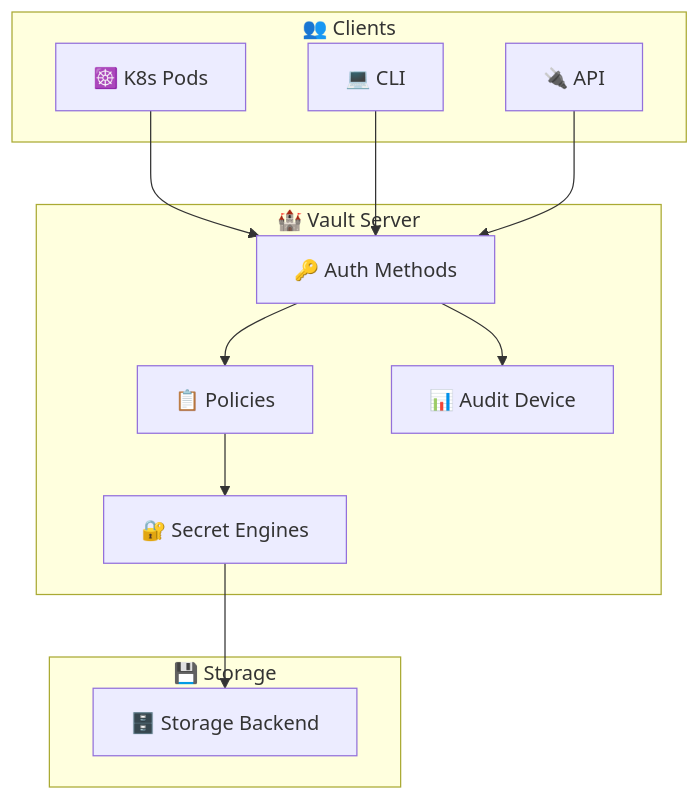
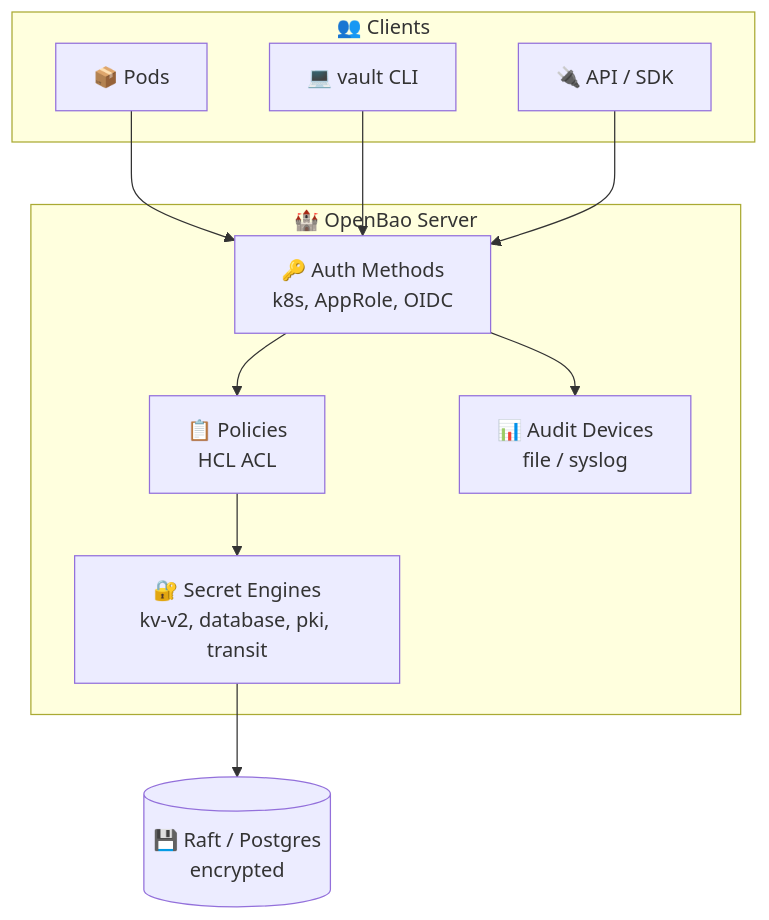
The fourth of 8 diagrams in lectures/lec11.md (inno-devops-labs/DevOps-Core-Course), drawn with Mermaid before and after one commit. The commit also changed other lines of this file and 24 other files, not shown here.

````diff
--- a/lectures/lec11.md
+++ b/lectures/lec11.md
@@ -378,24 +183,22 @@
 ```mermaid
 flowchart TD
-  subgraph "👥 Clients"
-    K8s[☸️ K8s Pods]
-    CLI[💻 CLI]
-    API[🔌 API]
+  subgraph Clients["👥 Clients"]
+    P[📦 Pods]
+    C[💻 vault CLI]
+    A[🔌 API / SDK]
   end
-  subgraph "🏰 Vault Server"
-    Auth[🔑 Auth Methods]
-    Policy[📋 Policies]
-    Secrets[🔐 Secret Engines]
-    Audit[📊 Audit Device]
+  subgraph Server["🏰 OpenBao Server"]
+    Auth[🔑 Auth Methods<br/>k8s, AppRole, OIDC]
+    Pol[📋 Policies<br/>HCL ACL]
+    Eng[🔐 Secret Engines<br/>kv-v2, database, pki, transit]
+    Aud[📊 Audit Devices<br/>file / syslog]
   end
-  subgraph "💾 Storage"
-    Backend[🗄️ Storage Backend]
-  end
-  K8s --> Auth
-  CLI --> Auth
-  API --> Auth
-  Auth --> Policy
-  Policy --> Secrets
-  Secrets --> Backend
-  Auth --> Audit
+  Store[(💾 Raft / Postgres<br/>encrypted)]
+  P --> Auth
+  C --> Auth
+  A --> Auth
+  Auth --> Pol
+  Pol --> Eng
+  Eng --> Store
+  Auth --> Aud
 ```
````
